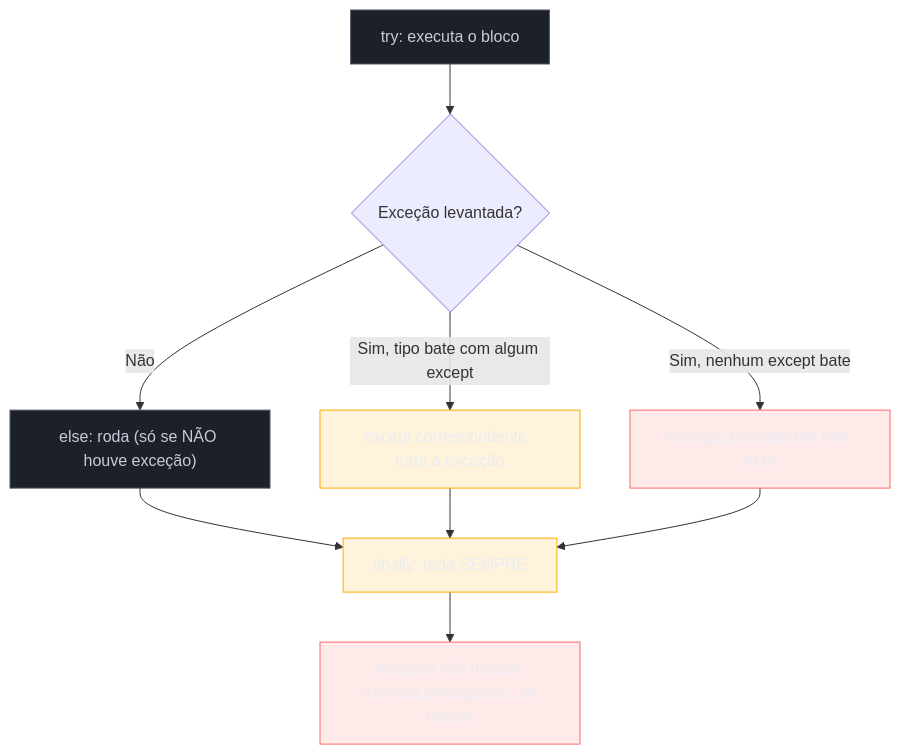
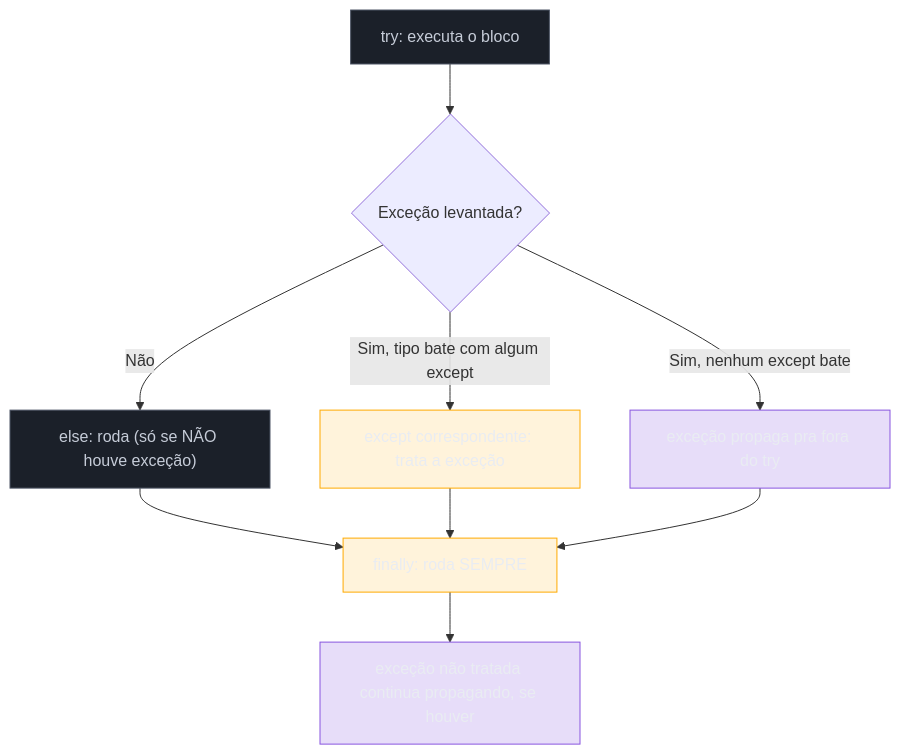
The first of 2 diagrams in 03-Dominios/Tecnologia/Python/Core/08 - Erros e exceções.md (josenaldo/codex-technomanticus), drawn with Mermaid before and after one commit. The commit also changed other lines of this file and 601 other files, not shown here.

````diff
--- a/03-Dominios/Tecnologia/Python/Core/08 - Erros e exceções.md
+++ b/03-Dominios/Tecnologia/Python/Core/08 - Erros e exceções.md
@@ -101,21 +101,21 @@
 ```mermaid
 flowchart TB
+    classDef marca fill:#8855DF33,stroke:#8855DF,color:#E9ECF2
     classDef neutro fill:#1B2029,stroke:#4E5666,color:#C6CCD8
     classDef destaque fill:#FFAA0024,stroke:#FFAA00,color:#E9ECF2
-    classDef falha fill:#FF6B6B24,stroke:#FF6B6B,color:#E9ECF2
     A["try: executa o bloco"] --> B{"Exceção levantada?"}
     B -- "Não" --> C["else: roda (só se NÃO houve exceção)"]
     B -- "Sim, tipo bate com algum except" --> D["except correspondente: trata a exceção"]
     B -- "Sim, nenhum except bate" --> E["exceção propaga pra fora do try"]
     C --> F["finally: roda SEMPRE"]
     D --> F
     E --> F
     F --> G["exceção não tratada continua propagando, se houver"]
 
     class A neutro
     class C neutro
     class D destaque
-    class E falha
+    class E marca
     class F destaque
-    class G falha
+    class G marca
 ```
````
